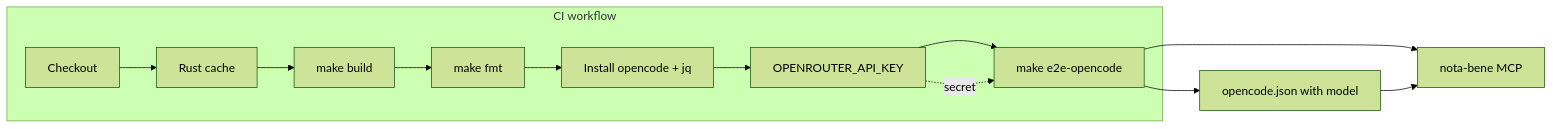
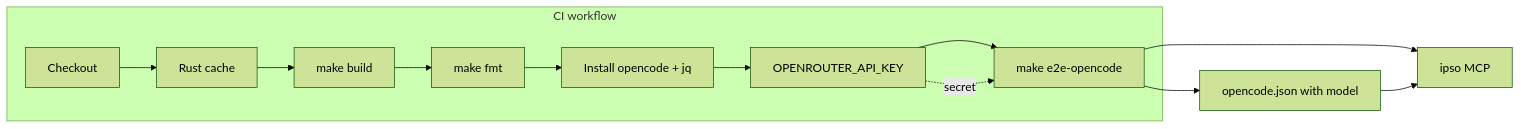
One commit to susu-dot-dev/ipso changed the diagram in specs/github-ci-and-openrouter-e2e.md. Above: the diagram before and after it, drawn with Mermaid (forest theme). The commit also changed 111 other files, not shown here.

````diff
--- a/specs/github-ci-and-openrouter-e2e.md
+++ b/specs/github-ci-and-openrouter-e2e.md
@@ -92,17 +92,17 @@
 ```mermaid
 flowchart LR
   subgraph ci [CI workflow]
     A[Checkout]
     B[Rust cache]
     C[make build]
     D[make fmt]
     E[Install opencode + jq]
     F[OPENROUTER_API_KEY]
     G[make e2e-opencode]
     A --> B --> C --> D --> E --> F --> G
   end
   F -.->|secret| G
   G --> H[opencode.json with model]
-  G --> I[nota-bene MCP]
+  G --> I[ipso MCP]
   H --> I
 ```
````
